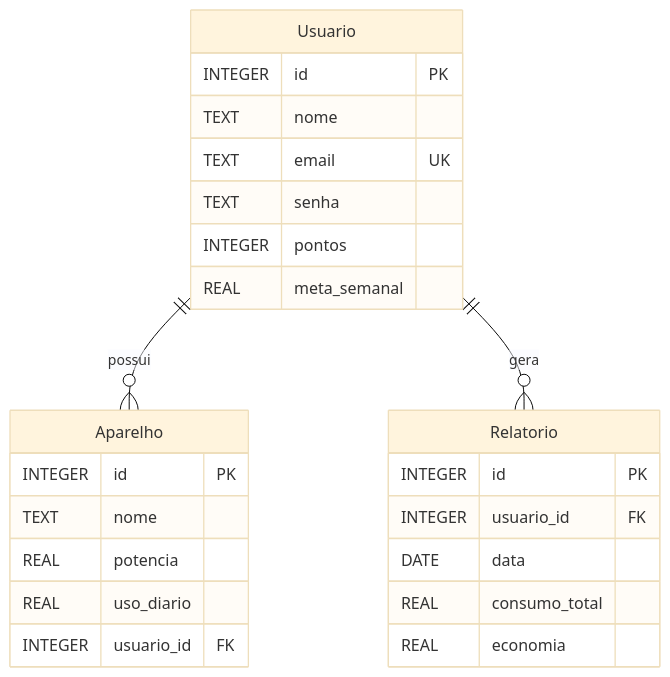
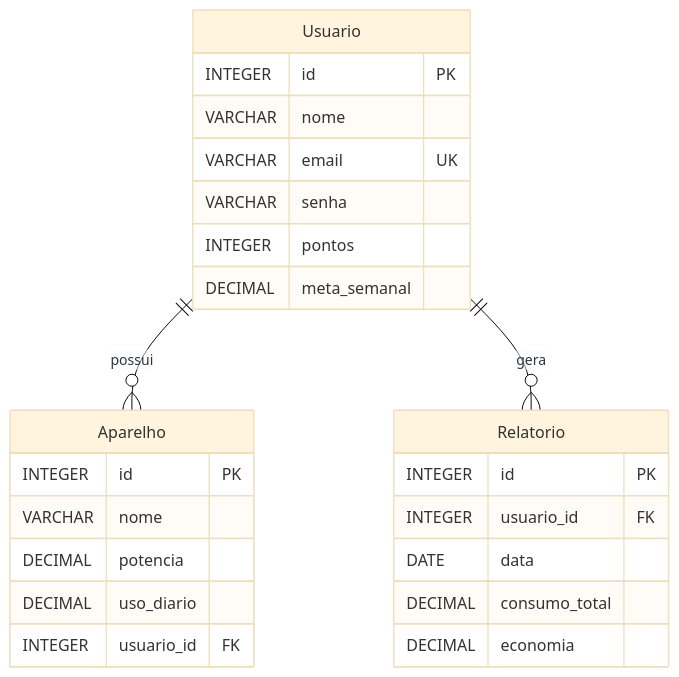
One commit to isacprince/ecomonitor changed the diagram in README.md. Above: the diagram before and after it, drawn with Mermaid (base theme).

````diff
--- a/README.md
+++ b/README.md
@@ -96,30 +96,30 @@
 ```mermaid
 erDiagram
     Usuario {
         INTEGER id PK
-        TEXT nome
-        TEXT email UK
-        TEXT senha
+        VARCHAR nome
+        VARCHAR email UK
+        VARCHAR senha
         INTEGER pontos
-        REAL meta_semanal
-        }
+        DECIMAL meta_semanal
+    }
 
     Aparelho {
         INTEGER id PK
-        TEXT nome
-        REAL potencia
-        REAL uso_diario
+        VARCHAR nome
+        DECIMAL potencia
+        DECIMAL uso_diario
         INTEGER usuario_id FK
     }
 
     Relatorio {
         INTEGER id PK
         INTEGER usuario_id FK
         DATE data
-        REAL consumo_total
-        REAL economia
+        DECIMAL consumo_total
+        DECIMAL economia
     }
 
     Usuario ||--o{ Aparelho : possui
     Usuario ||--o{ Relatorio : gera
 ```
````
